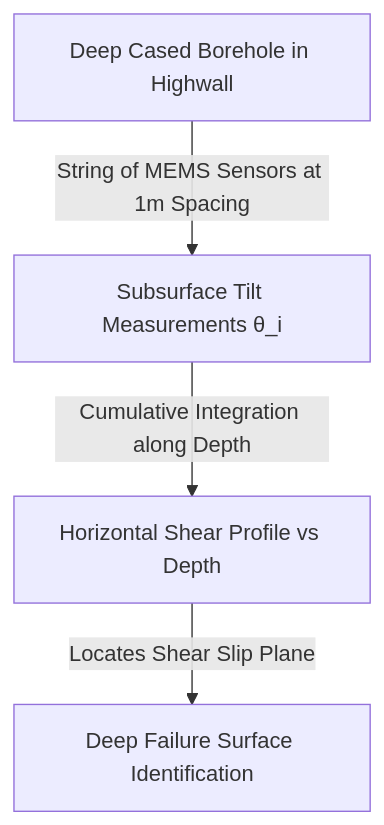
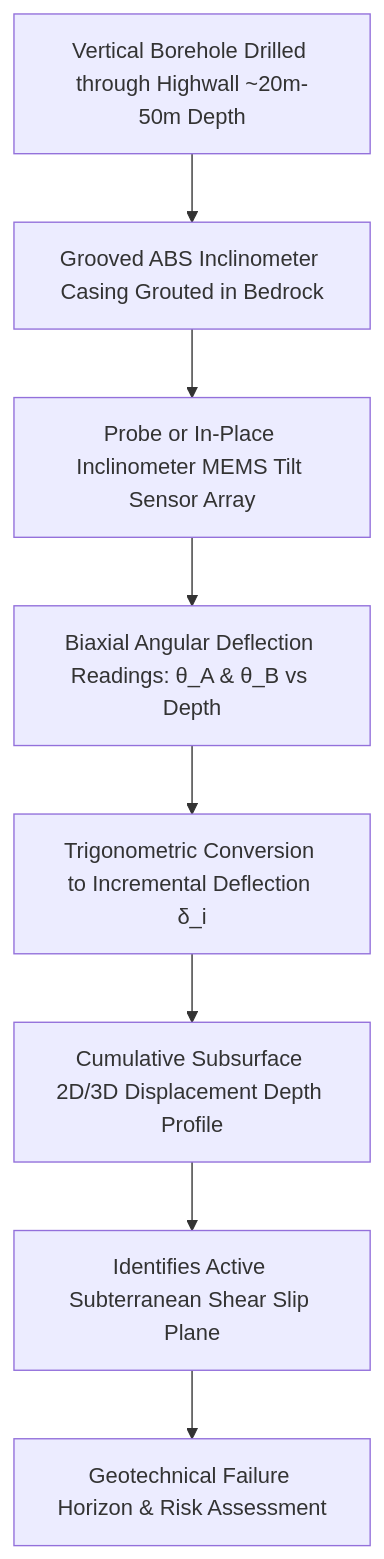
One commit to angelverman2021-a11y/Report changed the first of 10 diagrams in docs/09_Inclinometers.md. Above: the diagram before and after it, drawn with Mermaid. The commit also changed other lines of this file, not shown here.

````diff
--- a/docs/09_Inclinometers.md
+++ b/docs/09_Inclinometers.md
@@ -16,6 +25,10 @@
 ```mermaid
 flowchart TD
-    A[Deep Cased Borehole in Highwall] -->|String of MEMS Sensors at 1m Spacing| B[Subsurface Tilt Measurements θ_i]
-    B -->|Cumulative Integration along Depth| C[Horizontal Shear Profile vs Depth]
-    C -->|Locates Shear Slip Plane| D[Deep Failure Surface Identification]
+    BORE[Vertical Borehole Drilled through Highwall ~20m-50m Depth] --> CASING[Grooved ABS Inclinometer Casing Grouted in Bedrock]
+    CASING --> SENS[Probe or In-Place Inclinometer MEMS Tilt Sensor Array]
+    SENS --> TILT[Biaxial Angular Deflection Readings: θ_A & θ_B vs Depth]
+    TILT --> CALC[Trigonometric Conversion to Incremental Deflection δ_i]
+    CALC --> PROF[Cumulative Subsurface 2D/3D Displacement Depth Profile]
+    PROF --> SHEAR[Identifies Active Subterranean Shear Slip Plane]
+    SHEAR --> RISK[Geotechnical Failure Horizon & Risk Assessment]
 ```
````
